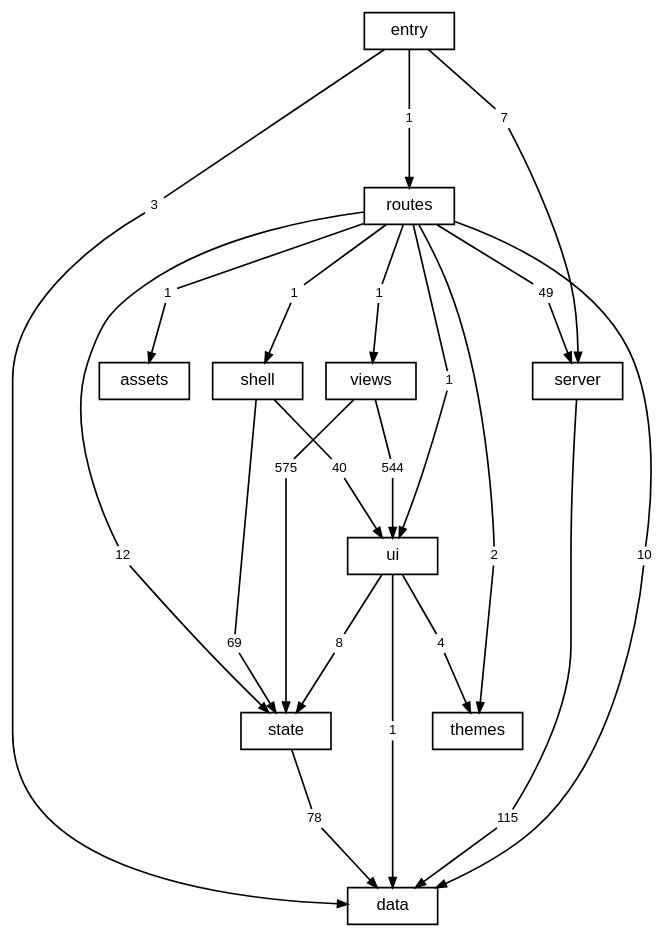
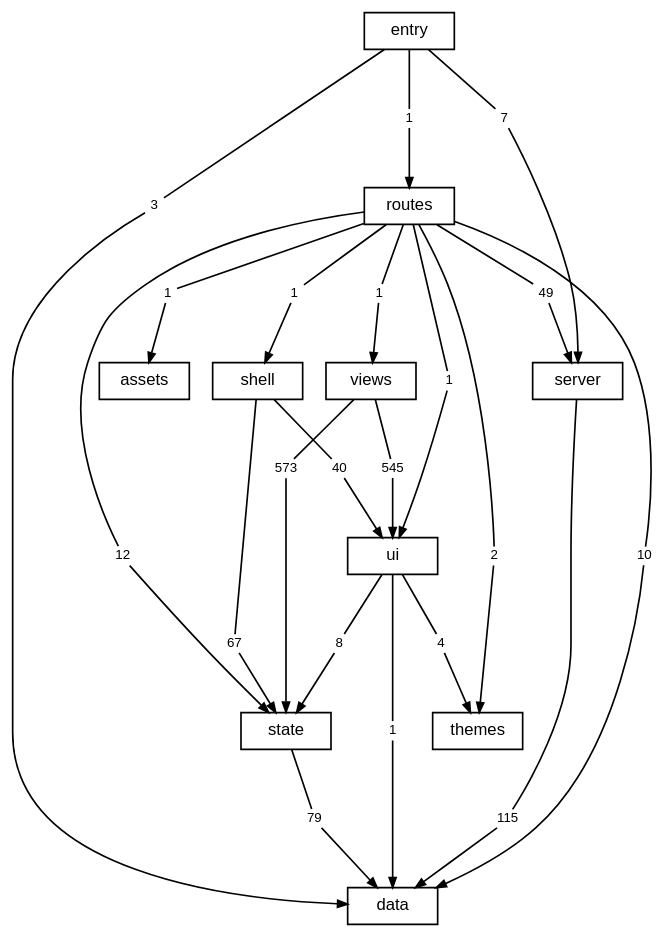
One commit to TheAxeC/oculus changed the diagram in docs/diagrams/layers.dot. Above: the diagram before and after it, drawn with Graphviz. The commit also changed 58 other files, not shown here.

```diff
--- a/docs/diagrams/layers.dot
+++ b/docs/diagrams/layers.dot
@@ -1,75 +1,75 @@
 digraph layers {
     graph [bgcolor="transparent", rankdir=TB, newrank=true, fontname="Helvetica,Arial,sans-serif", fontsize=12, nodesep=0.2, ranksep=0.5];
     node [shape=box, color="black", fontcolor="black", fontname="Helvetica,Arial,sans-serif", fontsize=10, height=0.3, margin="0.12,0.04"];
     edge [color="black", fontcolor="black", fontname="Helvetica,Arial,sans-serif", fontsize=8, arrowsize=0.6];
     "data";
     "server";
     "state";
     "ui";
     "shell";
     "views";
     "themes";
     "routes";
     "src" [label="entry"];
     "files: assets" [label="assets"];
     "routes to data" [label="10", shape=box, color="transparent", fontsize=8, width=0, height=0, margin="0.04,0.02"];
     "routes" -> "routes to data" [arrowhead=none];
     "routes to data" -> "data" [];
     "routes to files: assets" [label="1", shape=box, color="transparent", fontsize=8, width=0, height=0, margin="0.04,0.02"];
     "routes" -> "routes to files: assets" [arrowhead=none];
     "routes to files: assets" -> "files: assets" [];
     "routes to server" [label="49", shape=box, color="transparent", fontsize=8, width=0, height=0, margin="0.04,0.02"];
     "routes" -> "routes to server" [arrowhead=none];
     "routes to server" -> "server" [];
     "routes to shell" [label="1", shape=box, color="transparent", fontsize=8, width=0, height=0, margin="0.04,0.02"];
     "routes" -> "routes to shell" [arrowhead=none];
     "routes to shell" -> "shell" [];
     "routes to state" [label="12", shape=box, color="transparent", fontsize=8, width=0, height=0, margin="0.04,0.02"];
     "routes" -> "routes to state" [arrowhead=none];
     "routes to state" -> "state" [];
     "routes to themes" [label="2", shape=box, color="transparent", fontsize=8, width=0, height=0, margin="0.04,0.02"];
     "routes" -> "routes to themes" [arrowhead=none];
     "routes to themes" -> "themes" [];
     "routes to ui" [label="1", shape=box, color="transparent", fontsize=8, width=0, height=0, margin="0.04,0.02"];
     "routes" -> "routes to ui" [arrowhead=none];
     "routes to ui" -> "ui" [];
     "routes to views" [label="1", shape=box, color="transparent", fontsize=8, width=0, height=0, margin="0.04,0.02"];
     "routes" -> "routes to views" [arrowhead=none];
     "routes to views" -> "views" [];
     "server to data" [label="115", shape=box, color="transparent", fontsize=8, width=0, height=0, margin="0.04,0.02"];
     "server" -> "server to data" [arrowhead=none];
     "server to data" -> "data" [];
-    "shell to state" [label="69", shape=box, color="transparent", fontsize=8, width=0, height=0, margin="0.04,0.02"];
+    "shell to state" [label="67", shape=box, color="transparent", fontsize=8, width=0, height=0, margin="0.04,0.02"];
     "shell" -> "shell to state" [arrowhead=none];
     "shell to state" -> "state" [];
     "shell to ui" [label="40", shape=box, color="transparent", fontsize=8, width=0, height=0, margin="0.04,0.02"];
     "shell" -> "shell to ui" [arrowhead=none];
     "shell to ui" -> "ui" [];
     "src to data" [label="3", shape=box, color="transparent", fontsize=8, width=0, height=0, margin="0.04,0.02"];
     "src" -> "src to data" [arrowhead=none];
     "src to data" -> "data" [];
     "src to routes" [label="1", shape=box, color="transparent", fontsize=8, width=0, height=0, margin="0.04,0.02"];
     "src" -> "src to routes" [arrowhead=none];
     "src to routes" -> "routes" [];
     "src to server" [label="7", shape=box, color="transparent", fontsize=8, width=0, height=0, margin="0.04,0.02"];
     "src" -> "src to server" [arrowhead=none];
     "src to server" -> "server" [];
-    "state to data" [label="78", shape=box, color="transparent", fontsize=8, width=0, height=0, margin="0.04,0.02"];
+    "state to data" [label="79", shape=box, color="transparent", fontsize=8, width=0, height=0, margin="0.04,0.02"];
     "state" -> "state to data" [arrowhead=none];
     "state to data" -> "data" [];
     "ui to data" [label="1", shape=box, color="transparent", fontsize=8, width=0, height=0, margin="0.04,0.02"];
     "ui" -> "ui to data" [arrowhead=none];
     "ui to data" -> "data" [];
     "ui to state" [label="8", shape=box, color="transparent", fontsize=8, width=0, height=0, margin="0.04,0.02"];
     "ui" -> "ui to state" [arrowhead=none];
     "ui to state" -> "state" [];
     "ui to themes" [label="4", shape=box, color="transparent", fontsize=8, width=0, height=0, margin="0.04,0.02"];
     "ui" -> "ui to themes" [arrowhead=none];
     "ui to themes" -> "themes" [];
-    "views to state" [label="575", shape=box, color="transparent", fontsize=8, width=0, height=0, margin="0.04,0.02"];
+    "views to state" [label="573", shape=box, color="transparent", fontsize=8, width=0, height=0, margin="0.04,0.02"];
     "views" -> "views to state" [arrowhead=none];
     "views to state" -> "state" [];
-    "views to ui" [label="544", shape=box, color="transparent", fontsize=8, width=0, height=0, margin="0.04,0.02"];
+    "views to ui" [label="545", shape=box, color="transparent", fontsize=8, width=0, height=0, margin="0.04,0.02"];
     "views" -> "views to ui" [arrowhead=none];
     "views to ui" -> "ui" [];
 }
```
